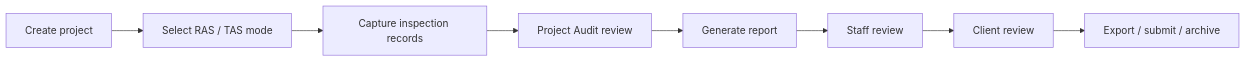
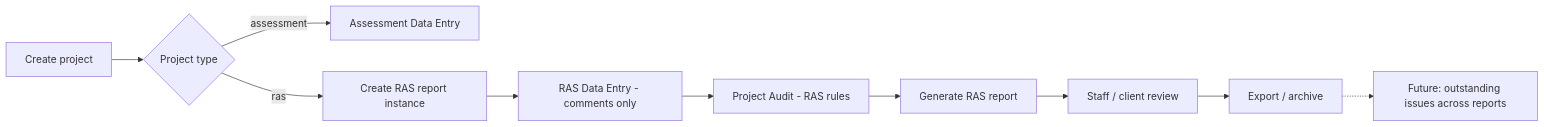
The diagram in docs/CONVERT_TO_RAS.md (kenotten/FREDAsoft), drawn with Mermaid before and after one commit. The commit also changed other lines of this file, not shown here.

Commit message:
Update RAS conversion planning decisions

````diff
--- a/docs/CONVERT_TO_RAS.md
+++ b/docs/CONVERT_TO_RAS.md
@@ -177,10 +275,12 @@
 ```mermaid
 flowchart LR
-  A[Create project] --> B[Select RAS / TAS mode]
-  B --> C[Capture inspection records]
-  C --> D[Project Audit review]
-  D --> E[Generate report]
-  E --> F[Staff review]
-  F --> G[Client review]
-  G --> H[Export / submit / archive]
+  A[Create project] --> B{Project type}
+  B -->|assessment| C[Assessment Data Entry]
+  B -->|ras| D[Create RAS report instance]
+  D --> E[RAS Data Entry - comments only]
+  E --> F[Project Audit - RAS rules]
+  F --> G[Generate RAS report]
+  G --> H[Staff / client review]
+  H --> I[Export / archive]
+  I -.-> J[Future: outstanding issues across reports]
 ```
````
